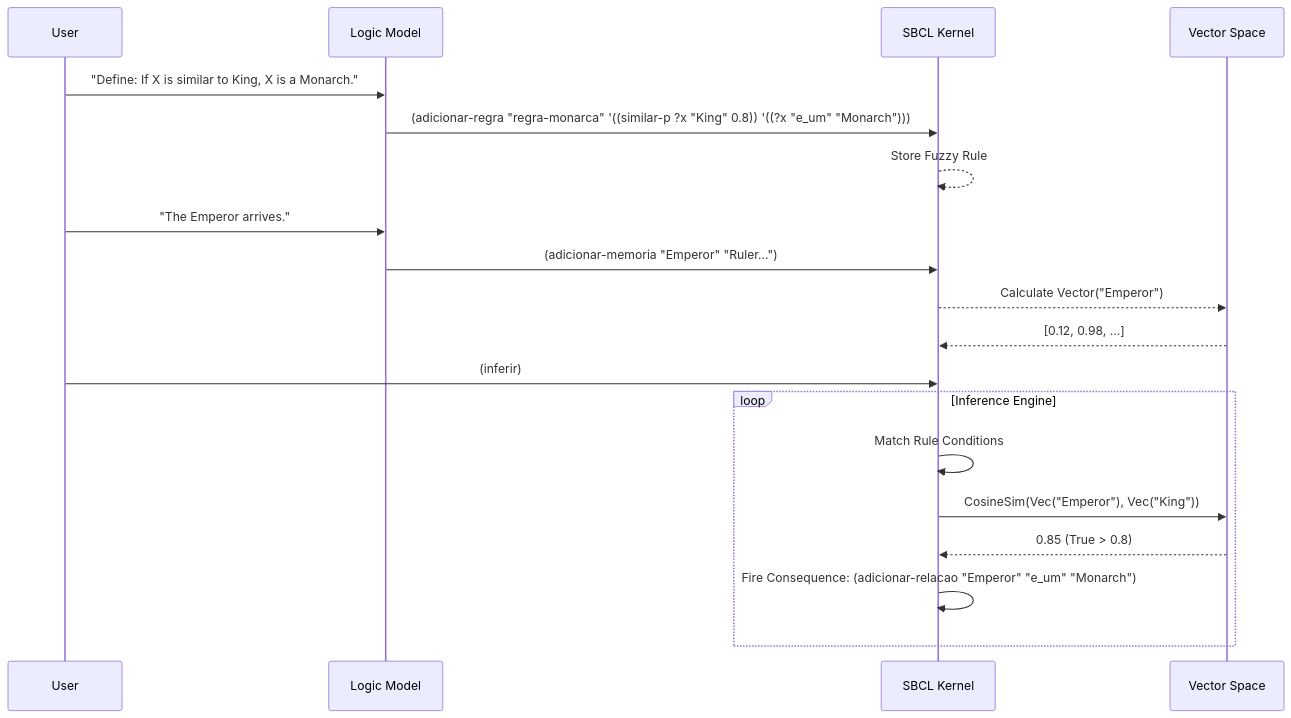
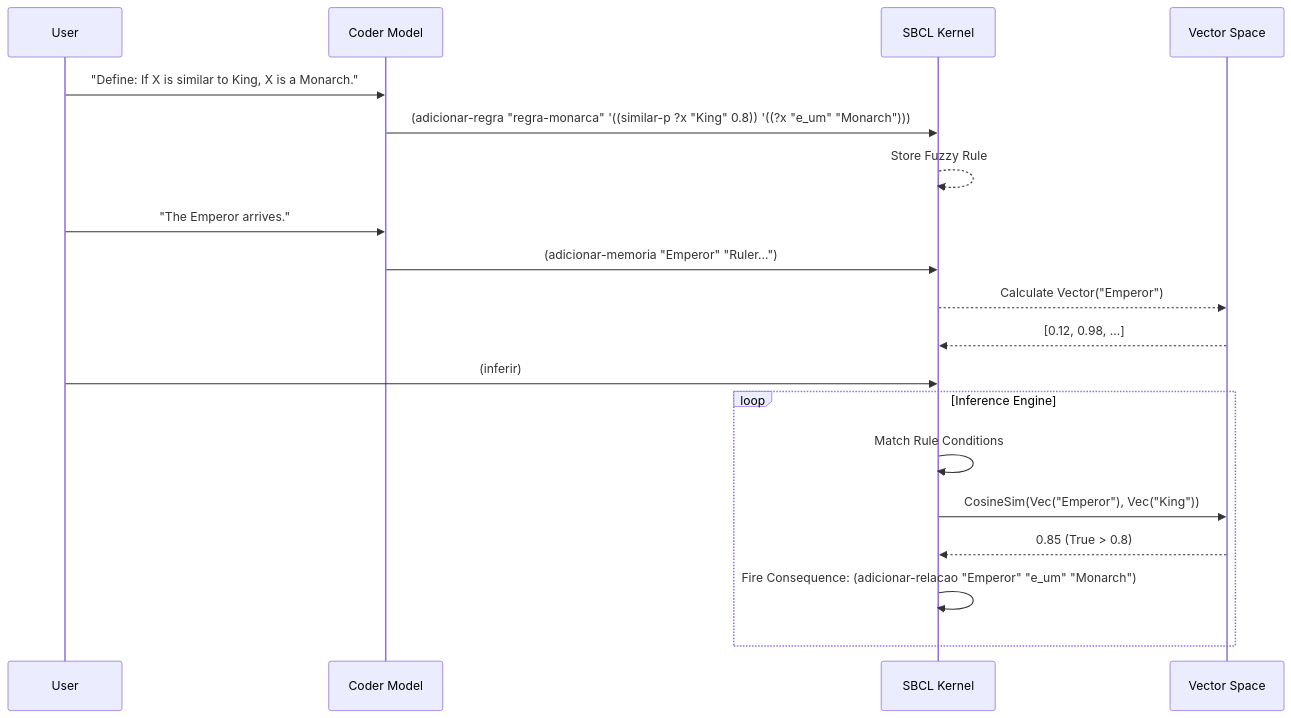
One commit to spock74/dialectical-symbolic-ai changed the sixth of 7 diagrams in README.md. Above: the diagram before and after it, drawn with Mermaid. The commit also changed other lines of this file, not shown here.

Commit message:
docs: Normalize model nomenclature (Coder/Synthesis/Embedding) in README

````diff
--- a/README.md
+++ b/README.md
@@ -201,24 +205,24 @@
 ```mermaid
 sequenceDiagram
     participant U as User
-    participant LLM as Logic Model
+    participant CM as Coder Model
     participant LISP as SBCL Kernel
     participant VEC as Vector Space
 
-    U->>LLM: "Define: If X is similar to King, X is a Monarch."
-    LLM->>LISP: (adicionar-regra "regra-monarca" '((similar-p ?x "King" 0.8)) '((?x "e_um" "Monarch")))
+    U->>CM: "Define: If X is similar to King, X is a Monarch."
+    CM->>LISP: (adicionar-regra "regra-monarca" '((similar-p ?x "King" 0.8)) '((?x "e_um" "Monarch")))
     LISP-->>LISP: Store Fuzzy Rule
 
-    U->>LLM: "The Emperor arrives."
-    LLM->>LISP: (adicionar-memoria "Emperor" "Ruler...")
+    U->>CM: "The Emperor arrives."
+    CM->>LISP: (adicionar-memoria "Emperor" "Ruler...")
     LISP-->>VEC: Calculate Vector("Emperor")
     VEC-->>LISP: [0.12, 0.98, ...]
 
     U->>LISP: (inferir)
     loop Inference Engine
         LISP->>LISP: Match Rule Conditions
         LISP->>VEC: CosineSim(Vec("Emperor"), Vec("King"))
         VEC-->>LISP: 0.85 (True > 0.8)
         LISP->>LISP: Fire Consequence: (adicionar-relacao "Emperor" "e_um" "Monarch")
     end
 ```
````
